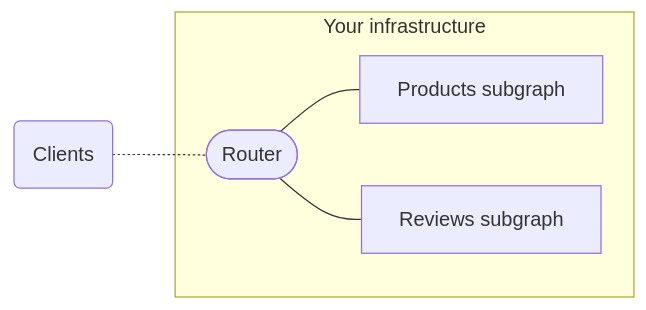
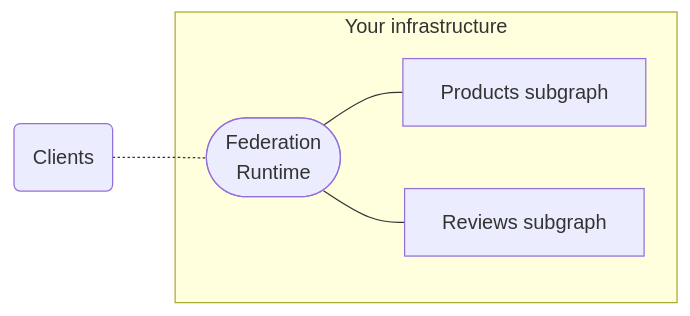
The fourth of 5 diagrams in src/content/graphos/basics/graphs/index.mdx (apollographql/docs), drawn with Mermaid before and after one commit. The commit also changed other lines of this file and 4 other files, not shown here.

````diff
--- a/src/content/graphos/basics/graphs/index.mdx
+++ b/src/content/graphos/basics/graphs/index.mdx
@@ -170,12 +170,12 @@
 ```mermaid
 flowchart LR;
   clients(Clients);
   subgraph "Your infrastructure"
-  router(["Router"]);
+  runtime(["Federation<br/>Runtime"]);
   serviceA[Products subgraph];
   serviceB[Reviews subgraph];
-  router --- serviceA & serviceB;
+  runtime --- serviceA & serviceB;
   end;
-  clients -.- router;
+  clients -.- runtime;
   class clients secondary;
 ```
````
